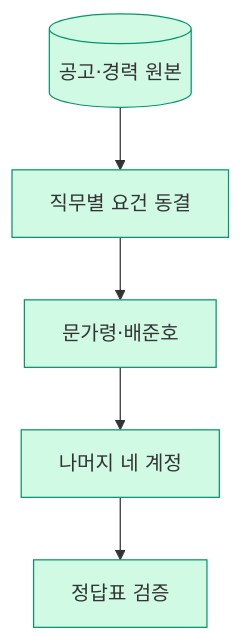
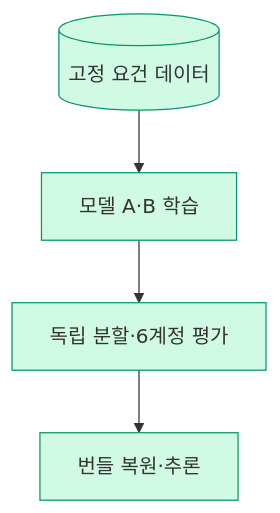
One commit to Expresso-Organization/expresso changed the diagram in .sitrep/sessions/20261119-1752-match-eval/arch.mmd. Above: the diagram before and after it, drawn with Mermaid. The commit also changed 26 other files, not shown here.

```diff
--- a/.sitrep/sessions/20261119-1752-match-eval/arch.mmd
+++ b/.sitrep/sessions/20261119-1752-match-eval/arch.mmd
@@ -1,13 +1,12 @@
 flowchart TD
-  S[(공고·경력 원본)] --> R[직무별 요건 동결]
-  R --> P[문가령·배준호]
-  P --> A[나머지 네 계정]
-  A --> V[정답표 검증]
+  D[(고정 요건 데이터)] --> L[모델 A·B 학습]
+  L --> E[독립 분할·6계정 평가]
+  E --> P[번들 복원·추론]
   classDef done fill:#d1fae5,stroke:#059669
   classDef doing fill:#fef3c7,stroke:#d97706
   classDef decide fill:#fee2e2,stroke:#dc2626
   classDef todo fill:#f3f4f6,stroke:#9ca3af,stroke-dasharray:4
-  class S,R done
+  class D done
+  class L done
+  class E done
   class P done
-  class A done
-  class V done
```
